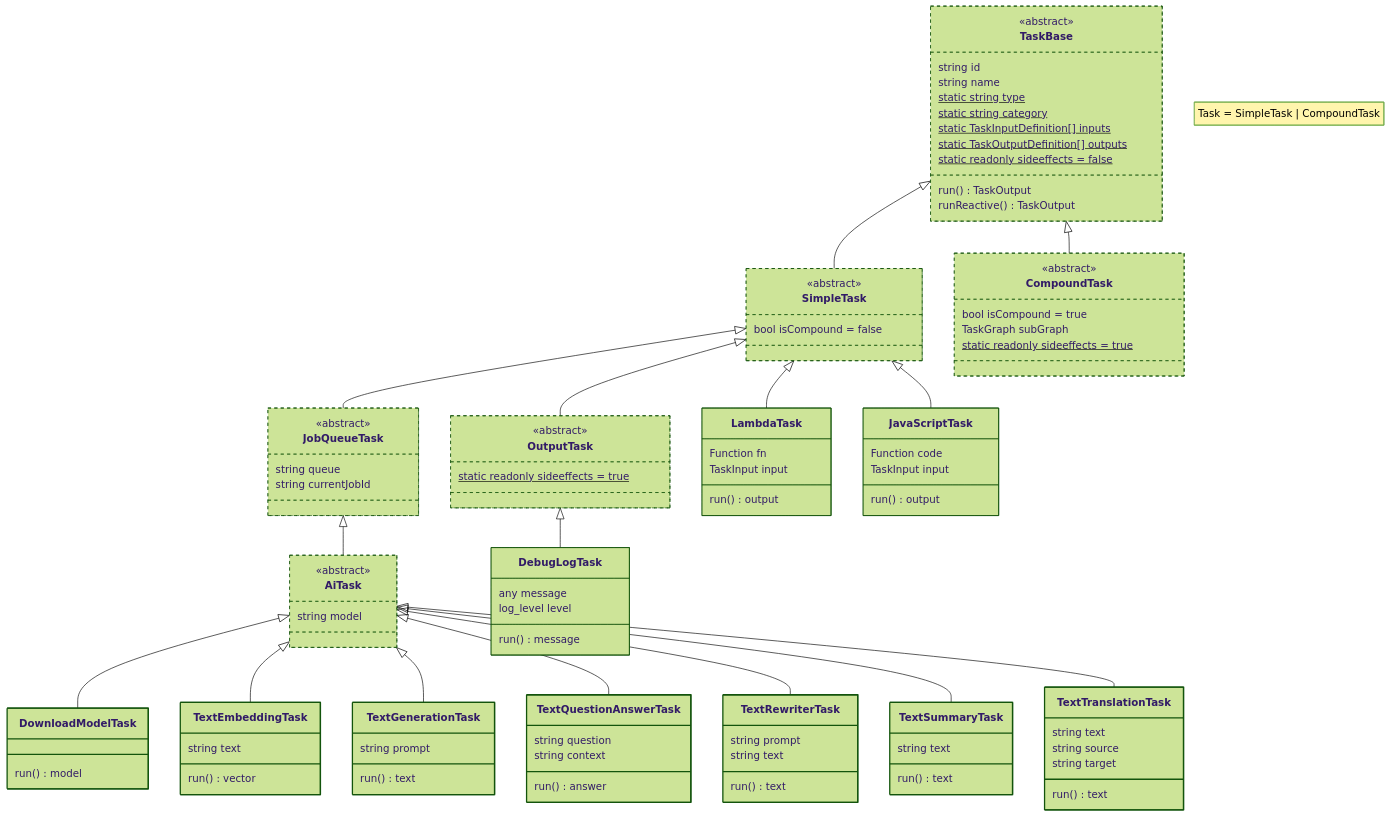
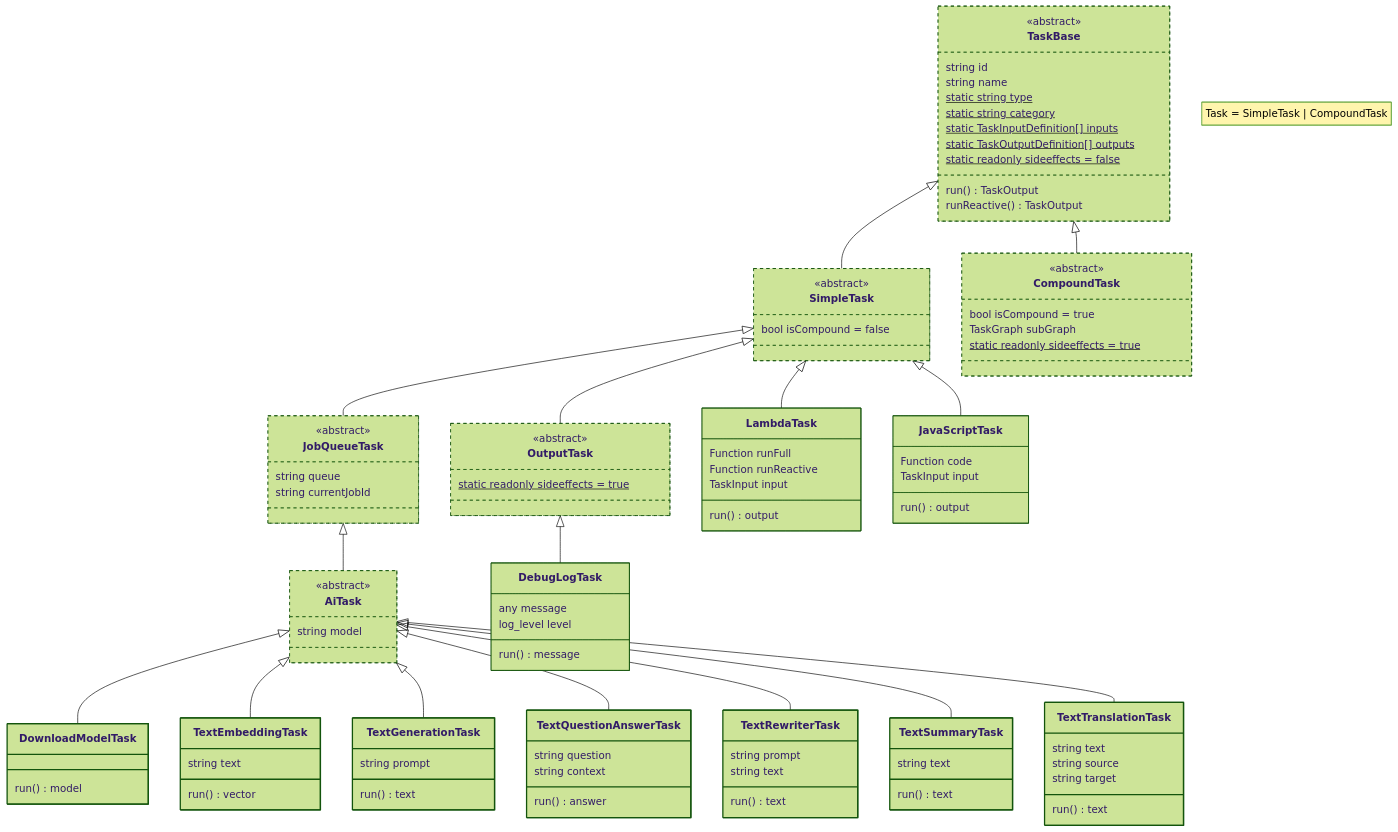
The second of 5 diagrams in docs/developers/02_architecture.md (PodleyAI/podley), drawn with Mermaid (forest theme) before and after one commit. The commit also changed 34 other files, not shown here.

First line of the commit message:
feat: Enhance task graph and job queue abort and error handling

```diff
--- a/docs/developers/02_architecture.md
+++ b/docs/developers/02_architecture.md
@@ -229,7 +229,8 @@
   style DebugLogTask type:output,stroke-width:1px
 
   class LambdaTask{
-    Function fn
+    Function runFull
+    Function runReactive
     TaskInput input
     run() output
   }
```
